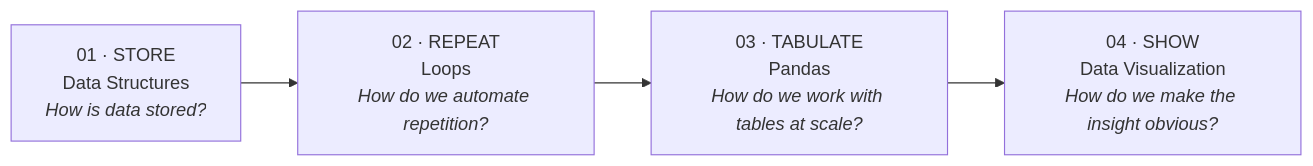
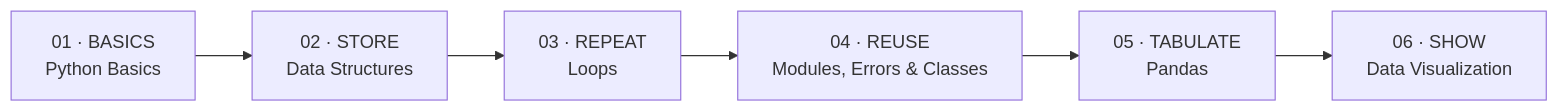
One commit to the-ai-learning-hub/01-python-as-ai-first-steps changed the diagram in README.md. Above: the diagram before and after it, drawn with Mermaid. The commit also changed other lines of this file and 37 other files, not shown here.

Commit message:
Python Basics

````diff
--- a/README.md
+++ b/README.md
@@ -23,6 +33,8 @@
 ```mermaid
 flowchart LR
-    A["01 · STORE<br/>Data Structures<br/><i>How is data stored?</i>"] --> B["02 · REPEAT<br/>Loops<br/><i>How do we automate repetition?</i>"]
-    B --> C["03 · TABULATE<br/>Pandas<br/><i>How do we work with tables at scale?</i>"]
-    C --> D["04 · SHOW<br/>Data Visualization<br/><i>How do we make the insight obvious?</i>"]
+    A["01 · BASICS<br/>Python Basics"] --> B["02 · STORE<br/>Data Structures"]
+    B --> C["03 · REPEAT<br/>Loops"]
+    C --> D["04 · REUSE<br/>Modules, Errors & Classes"]
+    D --> E["05 · TABULATE<br/>Pandas"]
+    E --> F["06 · SHOW<br/>Data Visualization"]
 ```
````
